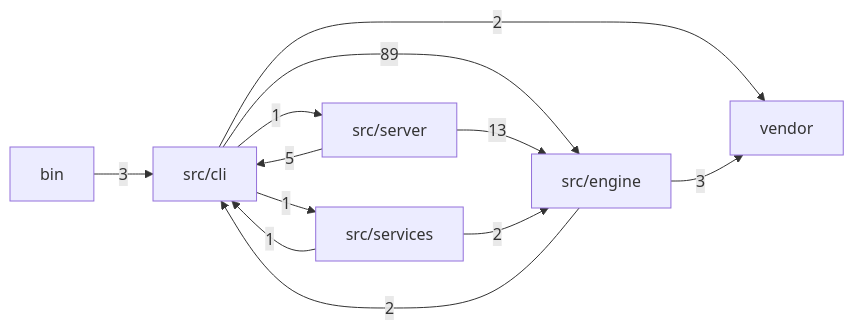
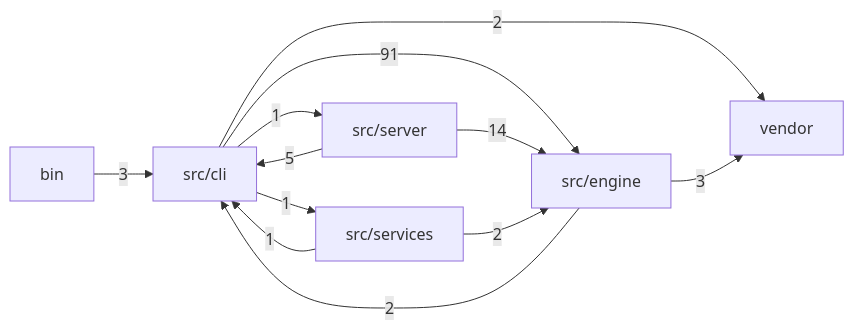
The first of 2 diagrams in docs/MODULES.md (mgillr/memev), drawn with Mermaid before and after one commit. The commit also changed other lines of this file and 1 other file, not shown here.

````diff
--- a/docs/MODULES.md
+++ b/docs/MODULES.md
@@ -11,20 +11,20 @@
 ```mermaid
 flowchart LR
   bin["bin"]
   cli["src/cli"]
   engine["src/engine"]
   server["src/server"]
   services["src/services"]
   vendor["vendor"]
   bin -->|"3"| cli
-  cli -->|"89"| engine
+  cli -->|"91"| engine
   cli -->|"1"| server
   cli -->|"1"| services
   cli -->|"2"| vendor
   engine -->|"2"| cli
   engine -->|"3"| vendor
   server -->|"5"| cli
-  server -->|"13"| engine
+  server -->|"14"| engine
   services -->|"1"| cli
   services -->|"2"| engine
 ```
````
